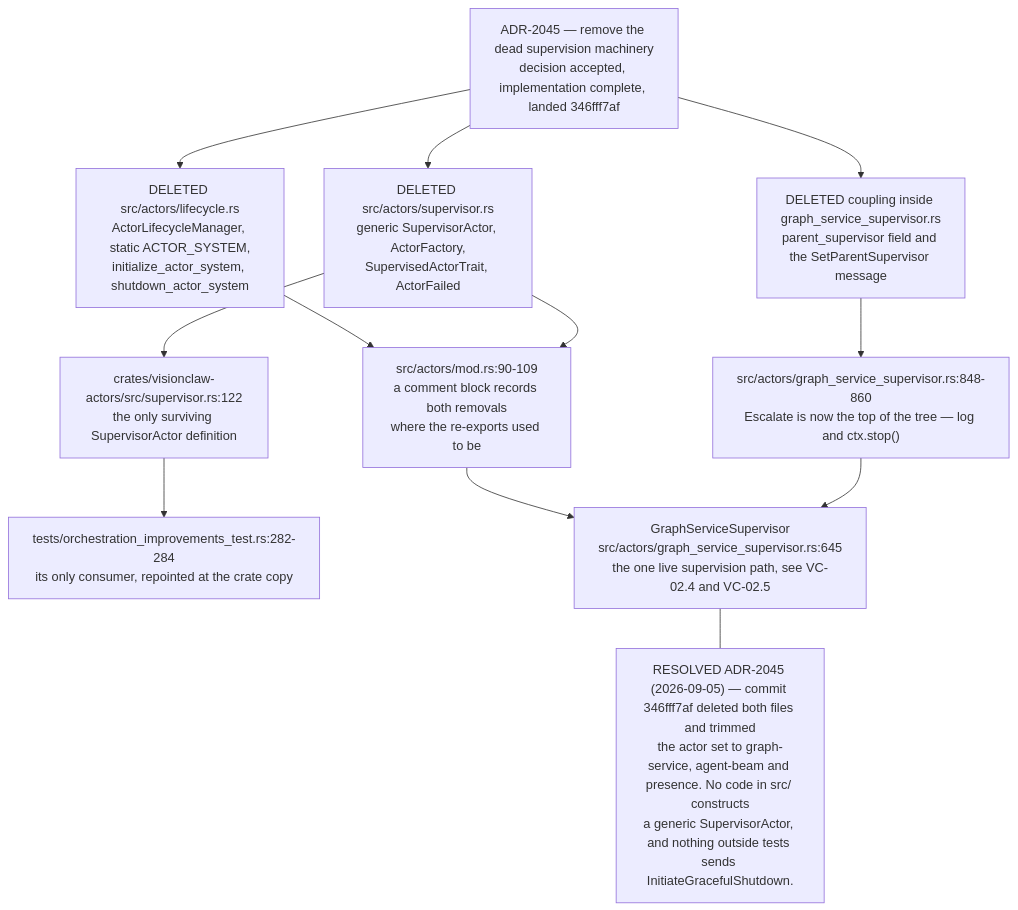
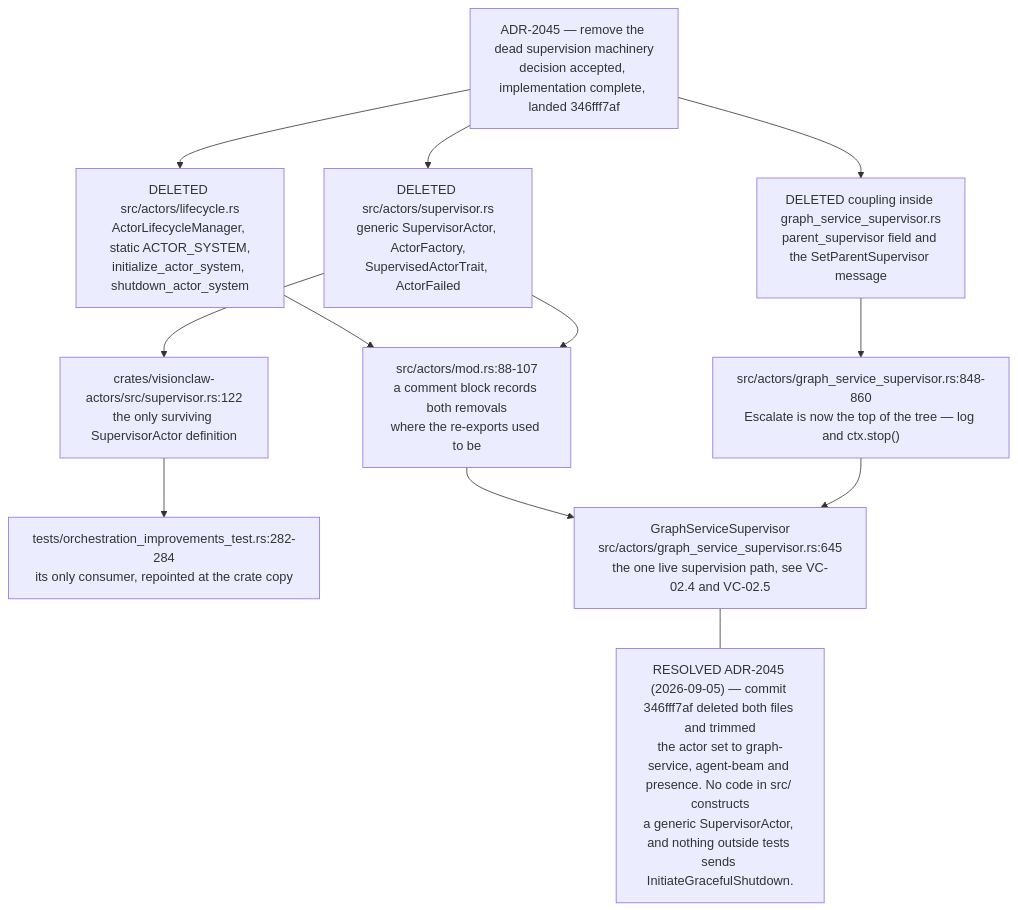
Before and after one commit to DreamLab-AI/VisionFlow: the seventh of 14 diagrams in docs/diagrams/visionclaw/02-actor-supervision.md, drawn with Mermaid. The commit also changed other lines of this file and 46 other files, not shown here.

Commit message:
docs(diagrams): re-verify VisionClaw topics at 809a859aa/a950f4d80 after the consolidation pass

````diff
--- a/docs/diagrams/visionclaw/02-actor-supervision.md
+++ b/docs/diagrams/visionclaw/02-actor-supervision.md
@@ -278,26 +278,26 @@
 ```mermaid
 flowchart TB
     ADR["ADR-2045 — remove the dead supervision machinery<br/>decision accepted, implementation complete, landed 346fff7af"]
     LIFE["DELETED src/actors/lifecycle.rs<br/>ActorLifecycleManager, static ACTOR_SYSTEM,<br/>initialize_actor_system, shutdown_actor_system"]
     SUP["DELETED src/actors/supervisor.rs<br/>generic SupervisorActor, ActorFactory,<br/>SupervisedActorTrait, ActorFailed"]
     COUP["DELETED coupling inside graph_service_supervisor.rs<br/>parent_supervisor field and the SetParentSupervisor message"]
-    MOD["src/actors/mod.rs:90-109<br/>a comment block records both removals<br/>where the re-exports used to be"]
+    MOD["src/actors/mod.rs:88-107<br/>a comment block records both removals<br/>where the re-exports used to be"]
     ESC["src/actors/graph_service_supervisor.rs:848-860<br/>Escalate is now the top of the tree — log and ctx.stop()"]
     CRATE["crates/visionclaw-actors/src/supervisor.rs:122<br/>the only surviving SupervisorActor definition"]
     TEST["tests/orchestration_improvements_test.rs:282-284<br/>its only consumer, repointed at the crate copy"]
     LIVE["GraphServiceSupervisor<br/>src/actors/graph_service_supervisor.rs:645<br/>the one live supervision path, see VC-02.4 and VC-02.5"]
 
     ADR --> LIFE
     ADR --> SUP
     ADR --> COUP
     LIFE --> MOD
     SUP --> MOD
     SUP --> CRATE
     CRATE --> TEST
     COUP --> ESC
     MOD --> LIVE
     ESC --> LIVE
 
     N1["RESOLVED ADR-2045 (2026-09-05) — commit 346fff7af deleted both files and trimmed<br/>the actor set to graph-service, agent-beam and presence. No code in src/ constructs<br/>a generic SupervisorActor, and nothing outside tests sends InitiateGracefulShutdown."]
     LIVE --- N1
 ```
````
